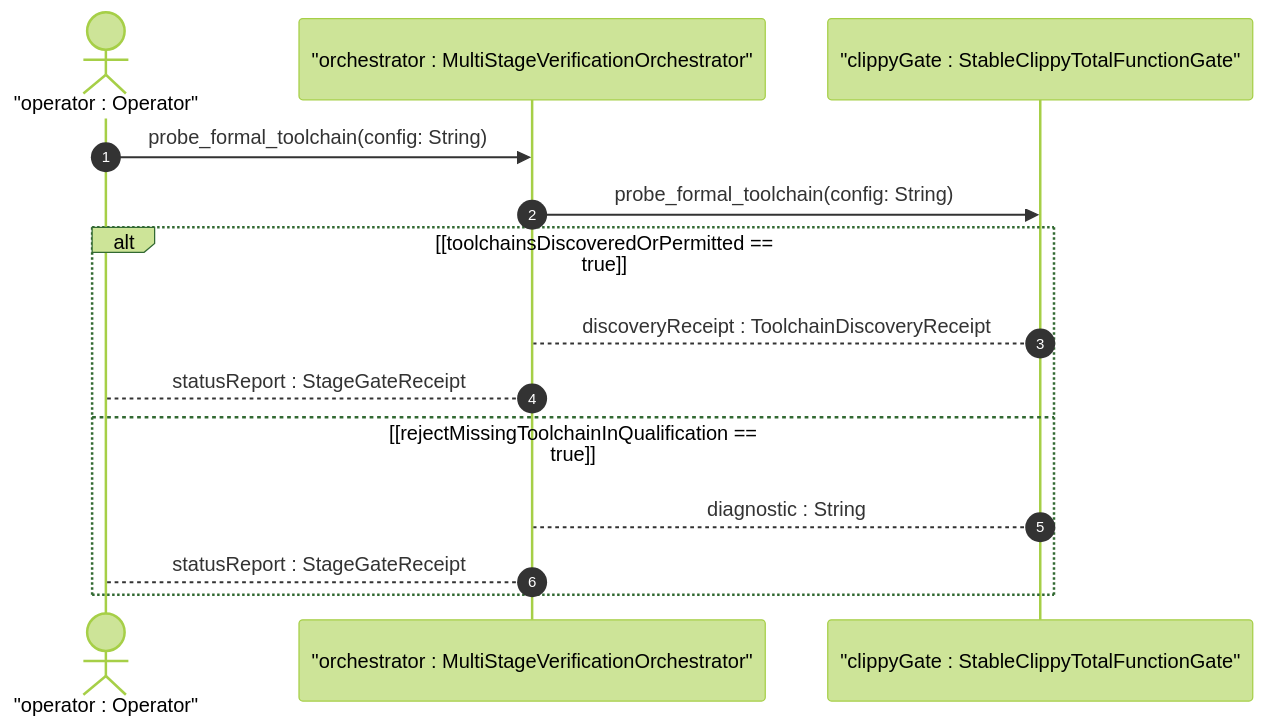
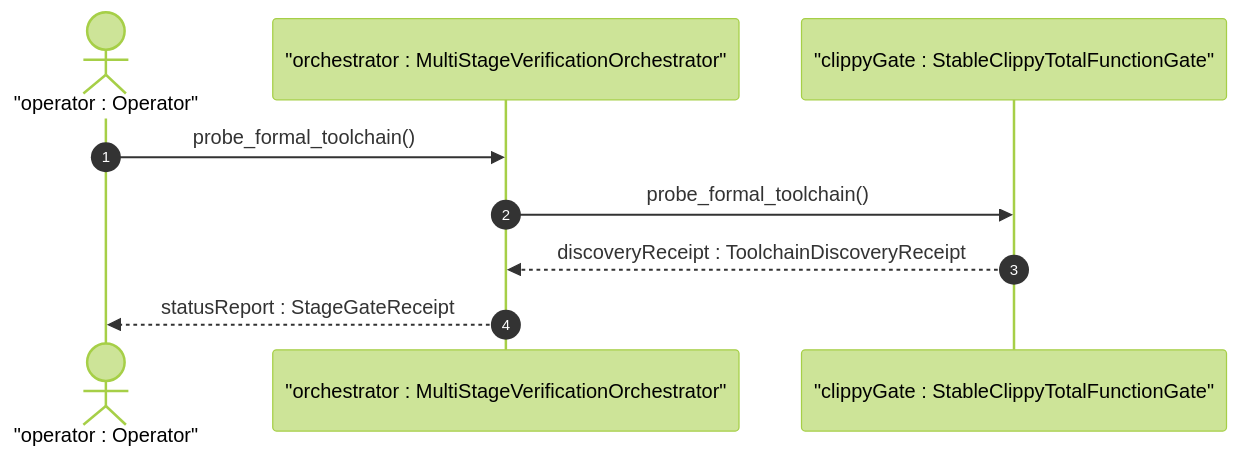
One commit to gintatkinson/DEAP01-spec-core changed the first of 2 diagrams in .pipeline/upstream/docs/user-stories/US-59-probe_formal_toolchain.md. Above: the diagram before and after it, drawn with Mermaid (forest theme). The commit also changed other lines of this file and 88 other files, not shown here.

````diff
--- a/.pipeline/upstream/docs/user-stories/US-59-probe_formal_toolchain.md
+++ b/.pipeline/upstream/docs/user-stories/US-59-probe_formal_toolchain.md
@@ -38,16 +38,11 @@
 ```mermaid
 sequenceDiagram
     autonumber
     actor Operator as "operator : Operator"
     participant MultiStageVerificationOrchestrator as "orchestrator : MultiStageVerificationOrchestrator"
     participant StableClippyTotalFunctionGate as "clippyGate : StableClippyTotalFunctionGate"
-    Operator->>MultiStageVerificationOrchestrator: probe_formal_toolchain(config: String)
-    MultiStageVerificationOrchestrator->>StableClippyTotalFunctionGate: probe_formal_toolchain(config: String)
-    alt [toolchainsDiscoveredOrPermitted == true]
-        StableClippyTotalFunctionGate-->MultiStageVerificationOrchestrator: discoveryReceipt : ToolchainDiscoveryReceipt
-        MultiStageVerificationOrchestrator-->Operator: statusReport : StageGateReceipt
-    else [rejectMissingToolchainInQualification == true]
-        StableClippyTotalFunctionGate-->MultiStageVerificationOrchestrator: diagnostic : String
-        MultiStageVerificationOrchestrator-->Operator: statusReport : StageGateReceipt
-    end
+    Operator->>MultiStageVerificationOrchestrator: probe_formal_toolchain()
+    MultiStageVerificationOrchestrator->>StableClippyTotalFunctionGate: probe_formal_toolchain()
+    StableClippyTotalFunctionGate-->>MultiStageVerificationOrchestrator: discoveryReceipt : ToolchainDiscoveryReceipt
+    MultiStageVerificationOrchestrator-->>Operator: statusReport : StageGateReceipt
 ```
````
